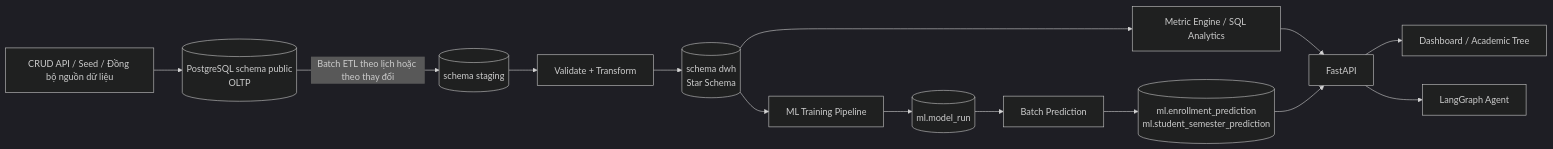
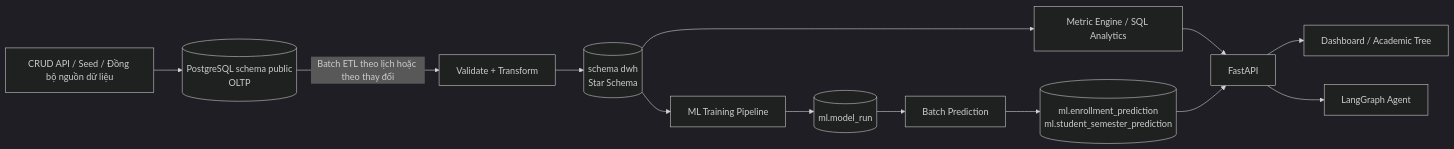
One commit to ritvien/-Learning-Analytics-AI changed the first of 2 diagrams in docs/10-References/ML_DWH_Architecture.md. Above: the diagram before and after it, drawn with Mermaid (dark theme). The commit also changed other lines of this file and 2 other files, not shown here.

````diff
--- a/docs/10-References/ML_DWH_Architecture.md
+++ b/docs/10-References/ML_DWH_Architecture.md
@@ -74,18 +74,17 @@
 ```mermaid
 flowchart LR
     Sources["CRUD API / Seed / Đồng bộ nguồn dữ liệu"] --> OLTP[("PostgreSQL schema public\nOLTP")]
-    OLTP -->|"Batch ETL theo lịch hoặc theo thay đổi"| Staging[("schema staging")]
-    Staging --> Transform["Validate + Transform"]
+    OLTP -->|"Batch ETL theo lịch hoặc theo thay đổi"| Transform["Validate + Transform"]
     Transform --> DWH[("schema dwh\nStar Schema")]
 
     DWH --> Metrics["Metric Engine / SQL Analytics"]
     DWH --> Training["ML Training Pipeline"]
     Training --> Registry[("ml.model_run")]
     Registry --> Scoring["Batch Prediction"]
     Scoring --> Predictions[("ml.enrollment_prediction\nml.student_semester_prediction")]
 
     Metrics --> API["FastAPI"]
     Predictions --> API
     API --> Dashboard["Dashboard / Academic Tree"]
     API --> Agent["LangGraph Agent"]
 ```
````
